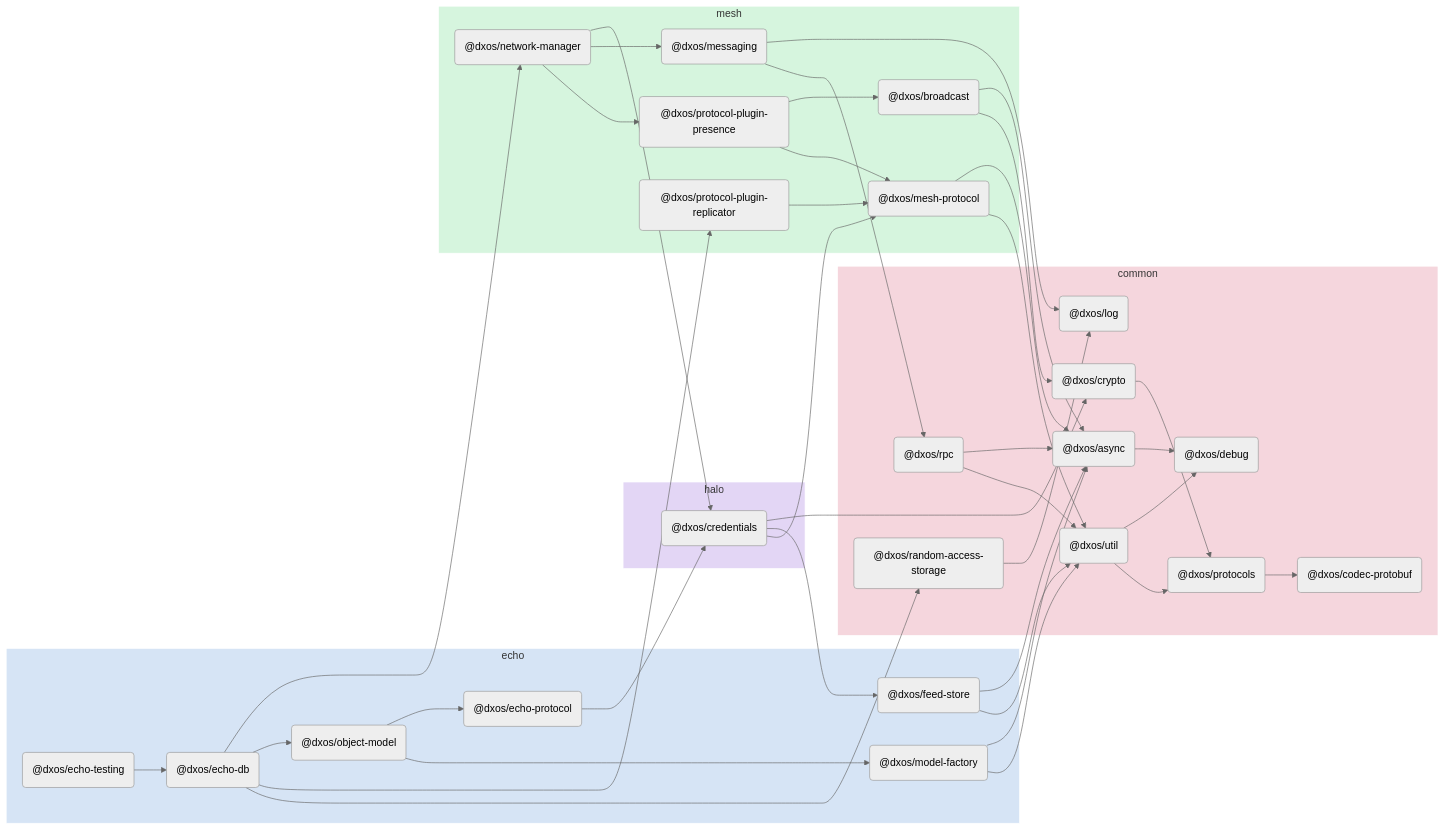
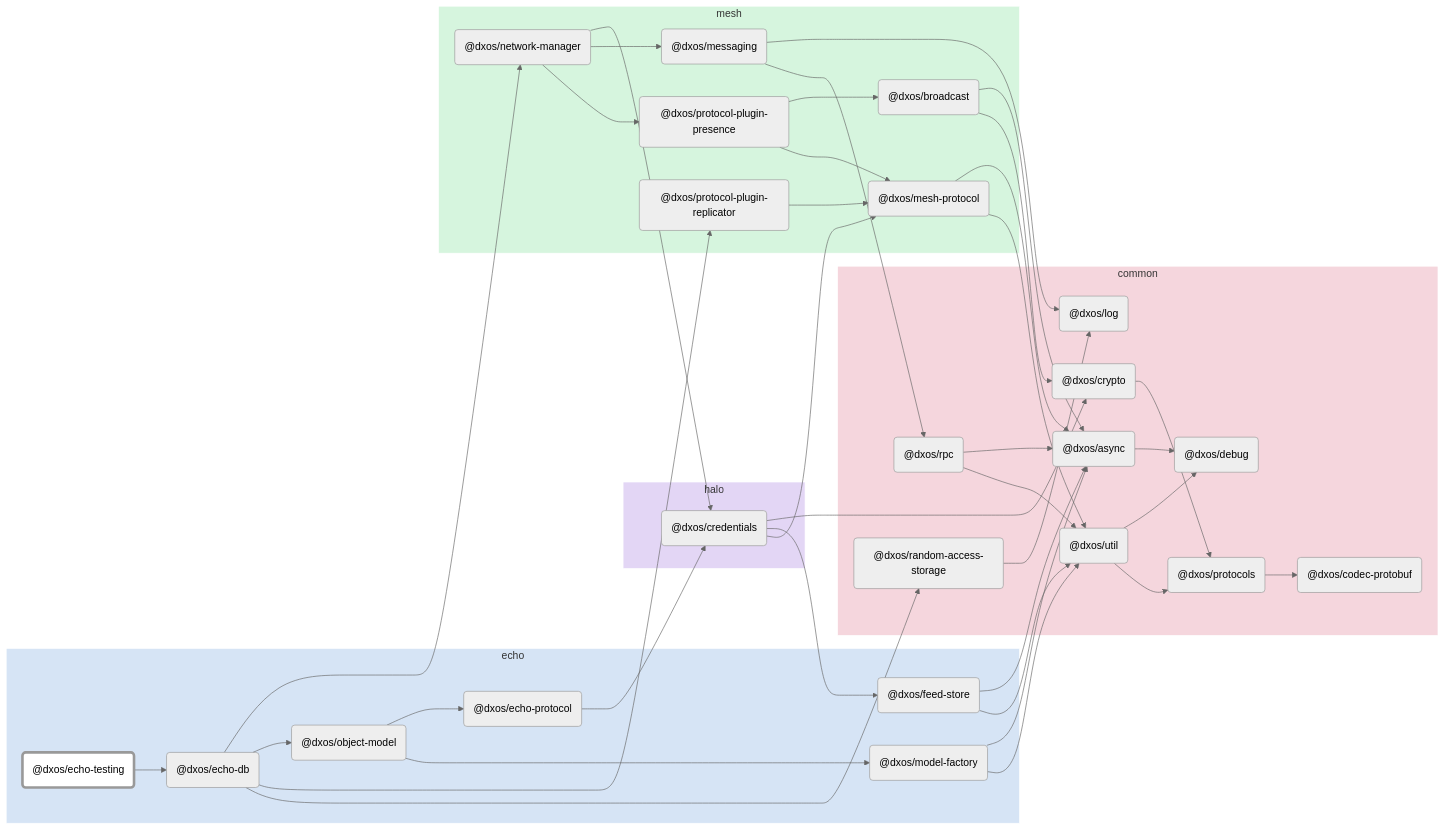
The diagram in packages/echo/echo-testing/docs/README.md (dxos/dxos), drawn with Mermaid (neutral theme) before and after one commit. The commit also changed other lines of this file and 88 other files, not shown here.

````diff
--- a/packages/echo/echo-testing/docs/README.md
+++ b/packages/echo/echo-testing/docs/README.md
@@ -5,5 +7,27 @@
 ```mermaid
 flowchart LR;
+
+style dxos/echo-testing fill:#fff,stroke-width:4px;
+
+click dxos/echo-db "https:/github.com/dxos/dxos/tree/main/packages/echo/echo-db/docs";
+click dxos/log "https:/github.com/dxos/dxos/tree/main/packages/common/log/docs";
+click dxos/async "https:/github.com/dxos/dxos/tree/main/packages/common/async/docs";
+click dxos/codec-protobuf "https:/github.com/dxos/dxos/tree/main/packages/common/codec-protobuf/docs";
+click dxos/credentials "https:/github.com/dxos/dxos/tree/main/packages/halo/credentials/docs";
+click dxos/crypto "https:/github.com/dxos/dxos/tree/main/packages/common/crypto/docs";
+click dxos/debug "https:/github.com/dxos/dxos/tree/main/packages/common/debug/docs";
+click dxos/echo-protocol "https:/github.com/dxos/dxos/tree/main/packages/echo/echo-protocol/docs";
+click dxos/feed-store "https:/github.com/dxos/dxos/tree/main/packages/echo/feed-store/docs";
+click dxos/mesh-protocol "https:/github.com/dxos/dxos/tree/main/packages/mesh/mesh-protocol/docs";
+click dxos/messaging "https:/github.com/dxos/dxos/tree/main/packages/mesh/messaging/docs";
+click dxos/model-factory "https:/github.com/dxos/dxos/tree/main/packages/echo/model-factory/docs";
+click dxos/network-manager "https:/github.com/dxos/dxos/tree/main/packages/mesh/network-manager/docs";
+click dxos/object-model "https:/github.com/dxos/dxos/tree/main/packages/echo/object-model/docs";
+click dxos/protocol-plugin-presence "https:/github.com/dxos/dxos/tree/main/packages/mesh/protocol-plugin-presence/docs";
+click dxos/protocol-plugin-replicator "https:/github.com/dxos/dxos/tree/main/packages/mesh/protocol-plugin-replicator/docs";
+click dxos/protocols "https:/github.com/dxos/dxos/tree/main/packages/common/protocols/docs";
+click dxos/random-access-storage "https:/github.com/dxos/dxos/tree/main/packages/common/random-access-storage/docs";
+click dxos/util "https:/github.com/dxos/dxos/tree/main/packages/common/util/docs";
 
 subgraph echo
   style echo fill:#d6e4f5,stroke:#fff;
````
